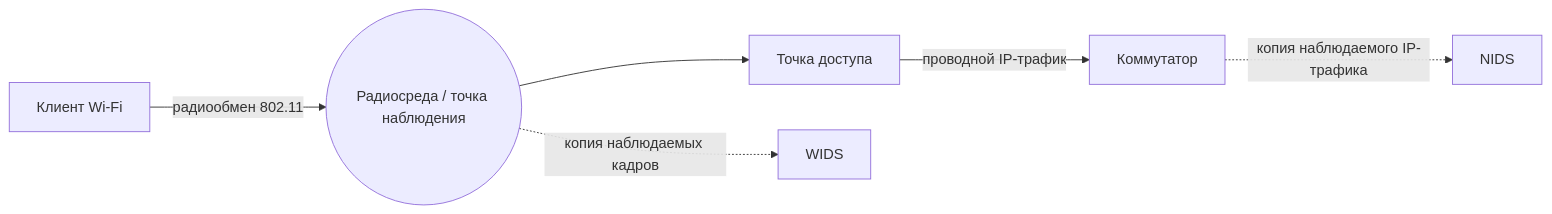
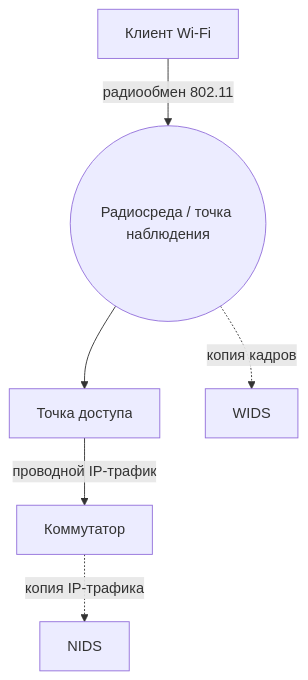
The second of 3 diagrams in docs/course/02-classification.md (11ndra/spvo), drawn with Mermaid before and after one commit. The commit also changed other lines of this file and 11 other files, not shown here.

````diff
--- a/docs/course/02-classification.md
+++ b/docs/course/02-classification.md
@@ -262,7 +266,11 @@
 ```mermaid
-flowchart LR
+flowchart TB
     C["Клиент Wi-Fi"] -->|радиообмен 802.11| R(("Радиосреда / точка наблюдения")) --> AP["Точка доступа"]
-    R -.->|копия наблюдаемых кадров| W["WIDS"]
+    R -.->|копия кадров| W["WIDS"]
     AP -->|проводной IP-трафик| SW["Коммутатор"]
-    SW -.->|копия наблюдаемого IP-трафика| N["NIDS"]
+    SW -.->|копия IP-трафика| N["NIDS"]
+    class C mm-endpoint
+    class R mm-observation
+    class AP,SW mm-control
+    class W,N mm-sensor
 ```
````
